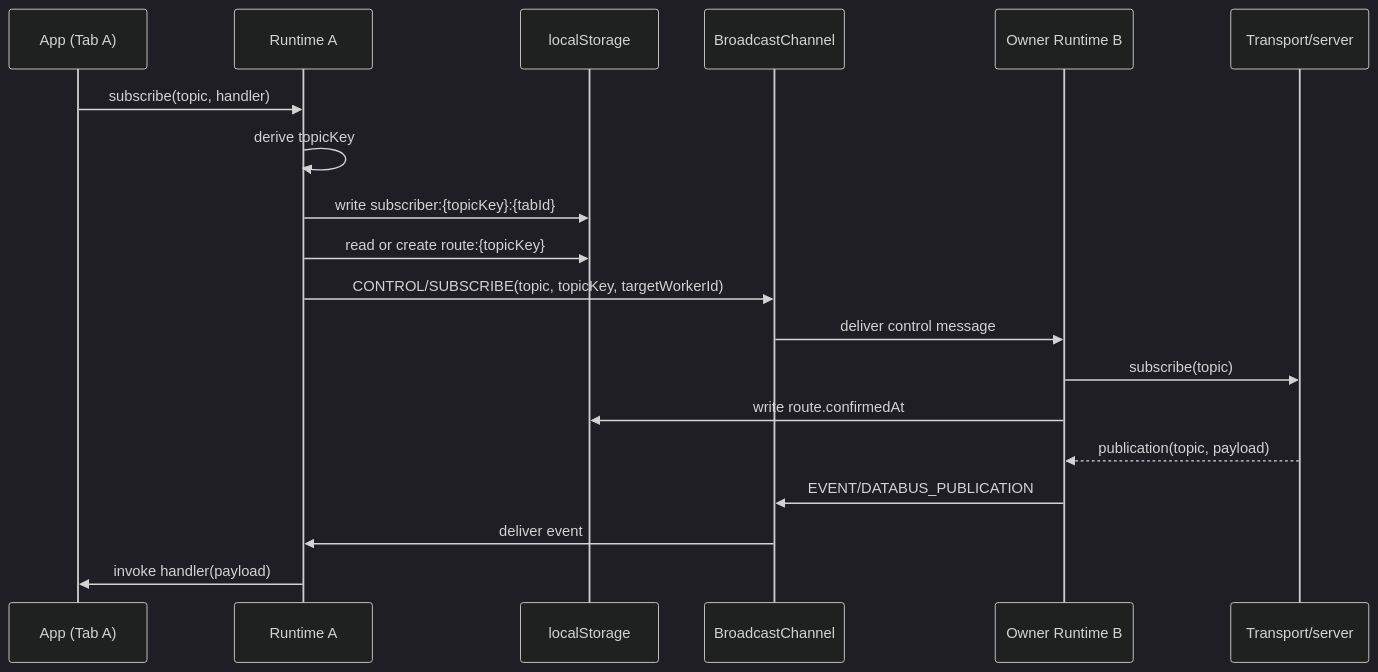
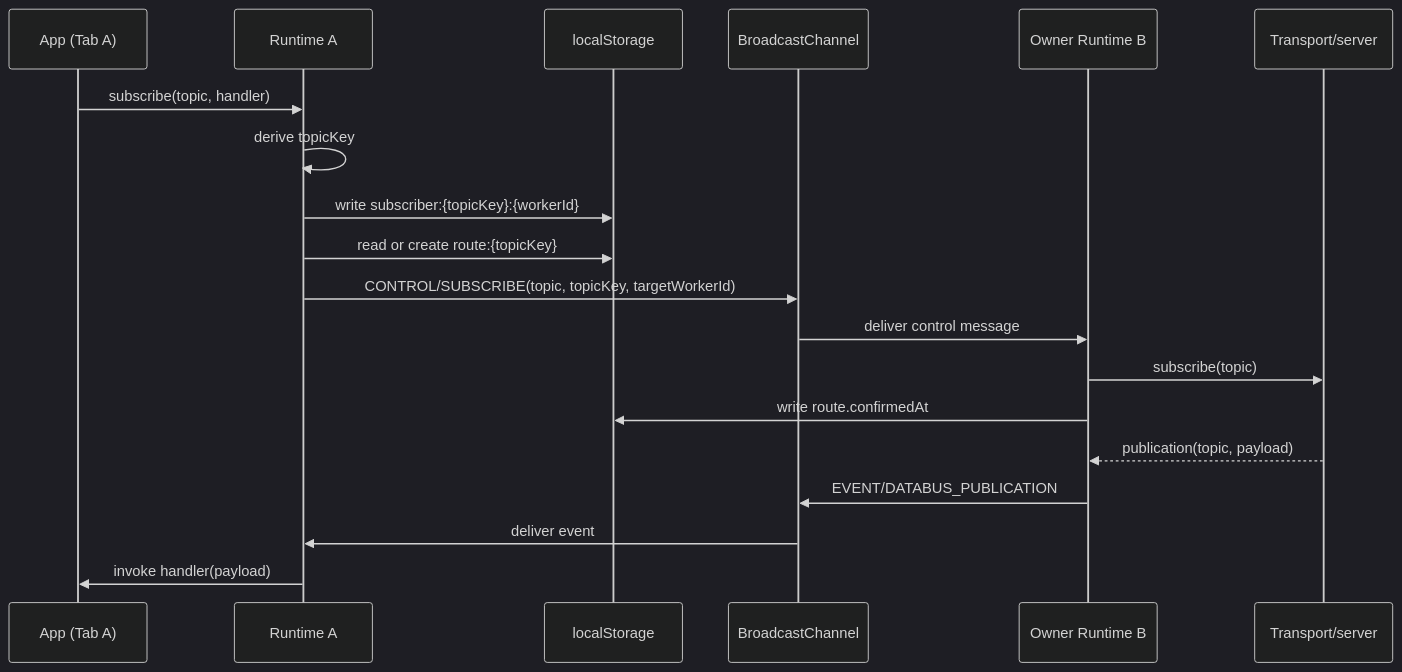
Before and after one commit to Sun1090/cross-tab-worker-databus: the second of 4 diagrams in docs/architecture.md, drawn with Mermaid (dark theme). The commit also changed other lines of this file and 10 other files, not shown here.

First line of the commit message:
fix(cluster): key subscriber records per Runtime, not per Tab (#446)

````diff
--- a/docs/architecture.md
+++ b/docs/architecture.md
@@ -280,22 +280,22 @@
 ```mermaid
 sequenceDiagram
   participant App as App (Tab A)
   participant RuntimeA as Runtime A
   participant Storage as localStorage
   participant Channel as BroadcastChannel
   participant RuntimeB as Owner Runtime B
   participant Transport as Transport/server
 
   App->>RuntimeA: subscribe(topic, handler)
   RuntimeA->>RuntimeA: derive topicKey
-  RuntimeA->>Storage: write subscriber:{topicKey}:{tabId}
+  RuntimeA->>Storage: write subscriber:{topicKey}:{workerId}
   RuntimeA->>Storage: read or create route:{topicKey}
   RuntimeA->>Channel: CONTROL/SUBSCRIBE(topic, topicKey, targetWorkerId)
   Channel->>RuntimeB: deliver control message
   RuntimeB->>Transport: subscribe(topic)
   RuntimeB->>Storage: write route.confirmedAt
   Transport-->>RuntimeB: publication(topic, payload)
   RuntimeB->>Channel: EVENT/DATABUS_PUBLICATION
   Channel->>RuntimeA: deliver event
   RuntimeA->>App: invoke handler(payload)
 ```
````
